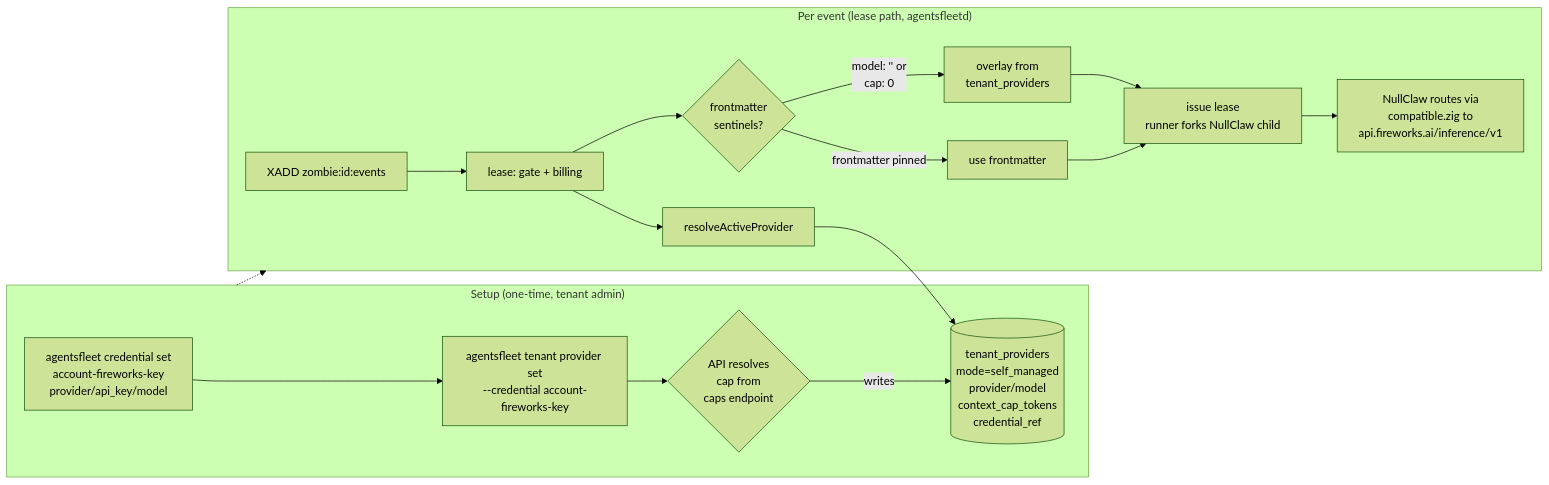
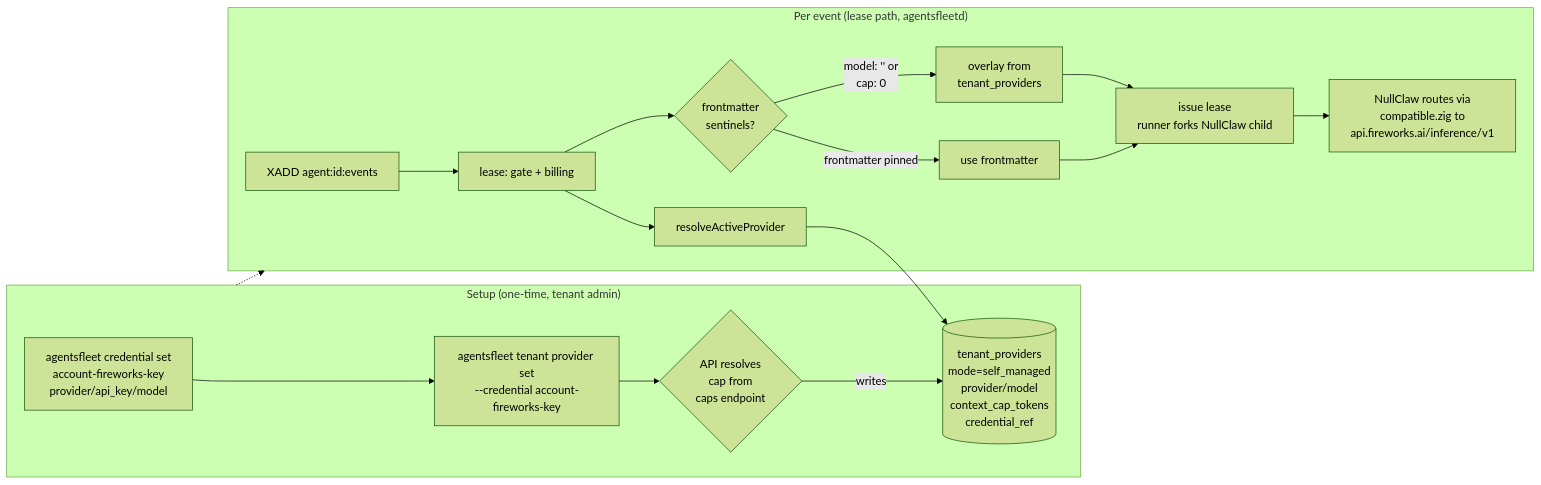
Before and after one commit to agentsfleet/agentsfleet: the diagram in docs/architecture/scenarios/02_self_managed.md, drawn with Mermaid (forest theme). The commit also changed other lines of this file and 209 other files, not shown here.

````diff
--- a/docs/architecture/scenarios/02_self_managed.md
+++ b/docs/architecture/scenarios/02_self_managed.md
@@ -23,20 +23,20 @@
 ```mermaid
 flowchart LR
     subgraph Setup["Setup (one-time, tenant admin)"]
         A[agentsfleet credential set<br/>account-fireworks-key<br/>provider/api_key/model] --> B[agentsfleet tenant provider set<br/>--credential account-fireworks-key]
         B --> C{API resolves<br/>cap from<br/>caps endpoint}
         C -->|writes| D[(tenant_providers<br/>mode=self_managed<br/>provider/model<br/>context_cap_tokens<br/>credential_ref)]
     end
     subgraph Trigger["Per event (lease path, agentsfleetd)"]
-        E[XADD zombie:id:events] --> F[lease: gate + billing]
+        E[XADD agent:id:events] --> F[lease: gate + billing]
         F --> G[resolveActiveProvider]
         G --> D
         F --> H{frontmatter<br/>sentinels?}
         H -->|model: '' or<br/>cap: 0| I[overlay from<br/>tenant_providers]
         H -->|frontmatter pinned| J[use frontmatter]
         I --> K[issue lease<br/>runner forks NullClaw child]
         J --> K
         K --> L[NullClaw routes via<br/>compatible.zig to<br/>api.fireworks.ai/inference/v1]
     end
     Setup -.-> Trigger
 ```
````
